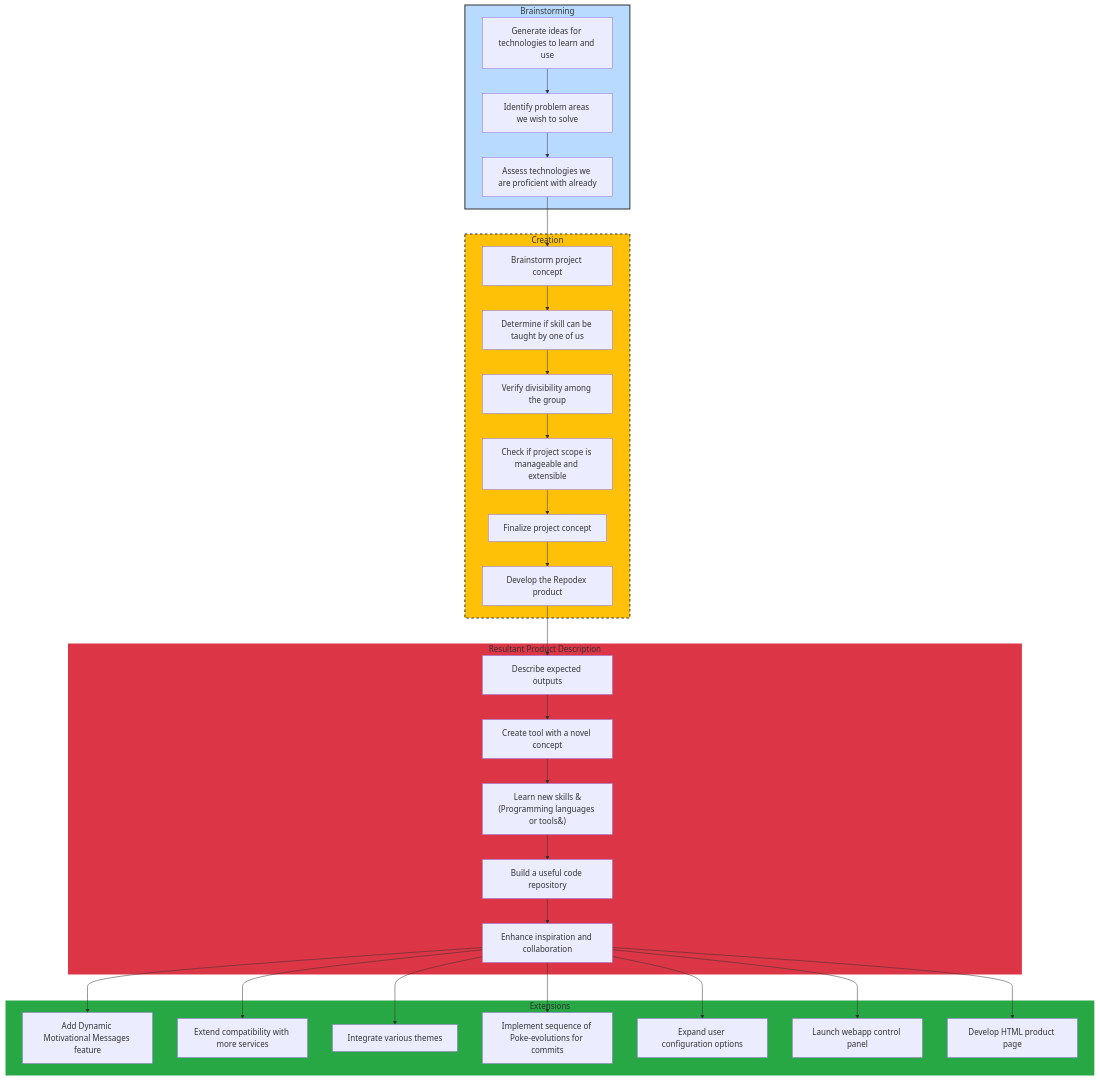
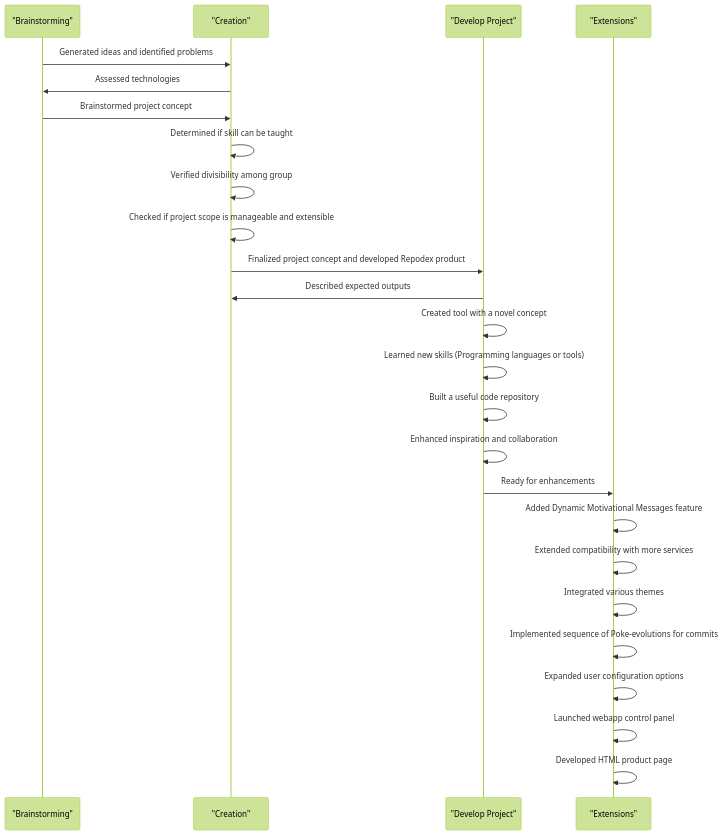
The first of 3 diagrams in RepodexSynopsis.md (ConnorBP/pokemon-git-tracker), drawn with Mermaid before and after one commit. The commit also changed other lines of this file and 2 other files, not shown here.

Commit message:
Additional flowchart documentation

````diff
--- a/RepodexSynopsis.md
+++ b/RepodexSynopsis.md
@@ -39,40 +39,30 @@
 ```mermaid
-flowchart TB
-    subgraph A [Brainstorming]
-        A1[Generate ideas for technologies to learn and use] --> A2[Identify problem areas we wish to solve]
-        A2 --> A3[Assess technologies we are proficient with already]
-    end
+%%{init: {'theme': 'forest'}}%%
+sequenceDiagram
+    participant Brainstorming as "Brainstorming"
+    participant Creation as "Creation"
+    participant Develop_Project as "Develop Project"
+    participant Extensions as "Extensions"
 
-    subgraph B [Creation]
-        A3 --> B1[Brainstorm project concept]
-        B1 --> B2[Determine if skill can be taught by one of us]
-        B2 --> B3[Verify divisibility among the group]
-        B3 --> B4[Check if project scope is manageable and extensible]
-        B4 --> B5[Finalize project concept]
-        B5 --> B6[Develop the Repodex product]
-    end
-
-    subgraph C [Resultant Product Description]
-        B6 --> C1[Describe expected outputs]
-        C1 --> C2[Create tool with a novel concept]
-        C2 --> C3[Learn new skills &#40;Programming languages or tools&#41;]
-        C3 --> C4[Build a useful code repository]
-        C4 --> C5[Enhance inspiration and collaboration]
-    end
-
-    subgraph D [Extensions]
-        C5 --> D1[Add Dynamic Motivational Messages feature]
-        C5 --> D2[Extend compatibility with more services]
-        C5 --> D3[Integrate various themes]
-        C5 --> D4[Implement sequence of Poke-evolutions for commits]
-        C5 --> D5[Expand user configuration options]
-        C5 --> D6[Launch webapp control panel]
-        C5 --> D7[Develop HTML product page]
-    end
-
-    style A fill:#b8daff,stroke:#333,stroke-width:2px
-    style B fill:#ffc107,stroke:#333,stroke-width:2px,stroke-dasharray: 5, 5
-    style C fill:#dc3545,stroke:#fff,stroke-width:2px
-    style D fill:#28a745,stroke:#fff,stroke-width:2px
+    Brainstorming->>Creation: Generated ideas and identified problems
+    Creation->>Brainstorming: Assessed technologies
+    Brainstorming->>Creation: Brainstormed project concept
+    Creation->>Creation: Determined if skill can be taught
+    Creation->>Creation: Verified divisibility among group
+    Creation->>Creation: Checked if project scope is manageable and extensible
+    Creation->>Develop_Project: Finalized project concept and developed Repodex product
+    Develop_Project->>Creation: Described expected outputs
+    Develop_Project->>Develop_Project: Created tool with a novel concept
+    Develop_Project->>Develop_Project: Learned new skills (Programming languages or tools)
+    Develop_Project->>Develop_Project: Built a useful code repository
+    Develop_Project->>Develop_Project: Enhanced inspiration and collaboration
+    Develop_Project->>Extensions: Ready for enhancements
+    Extensions->>Extensions: Added Dynamic Motivational Messages feature
+    Extensions->>Extensions: Extended compatibility with more services
+    Extensions->>Extensions: Integrated various themes
+    Extensions->>Extensions: Implemented sequence of Poke-evolutions for commits
+    Extensions->>Extensions: Expanded user configuration options
+    Extensions->>Extensions: Launched webapp control panel
+    Extensions->>Extensions: Developed HTML product page
 
 ```
````
